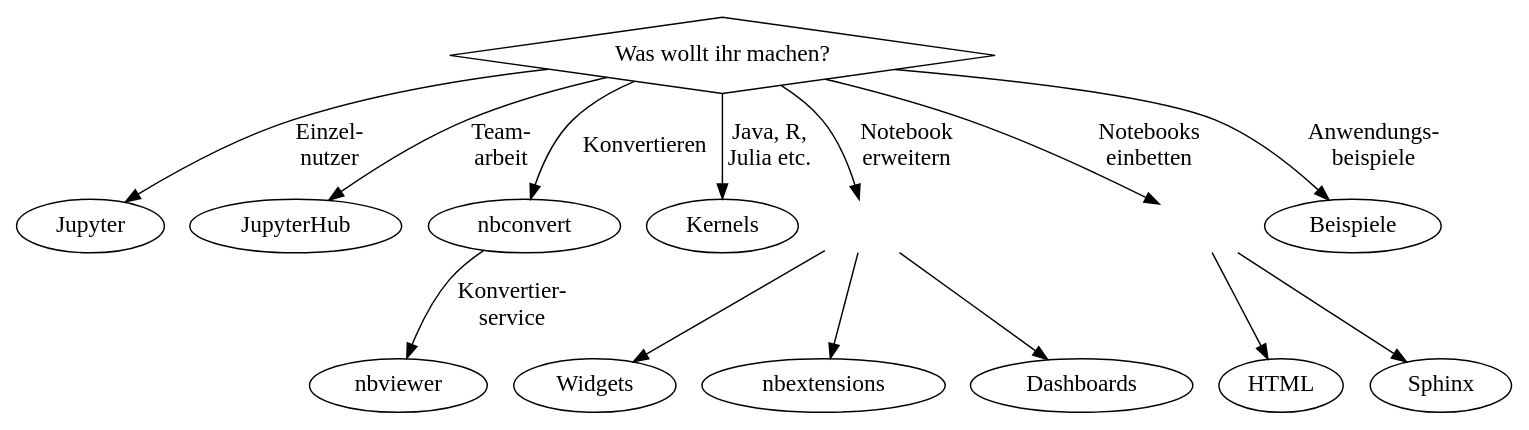
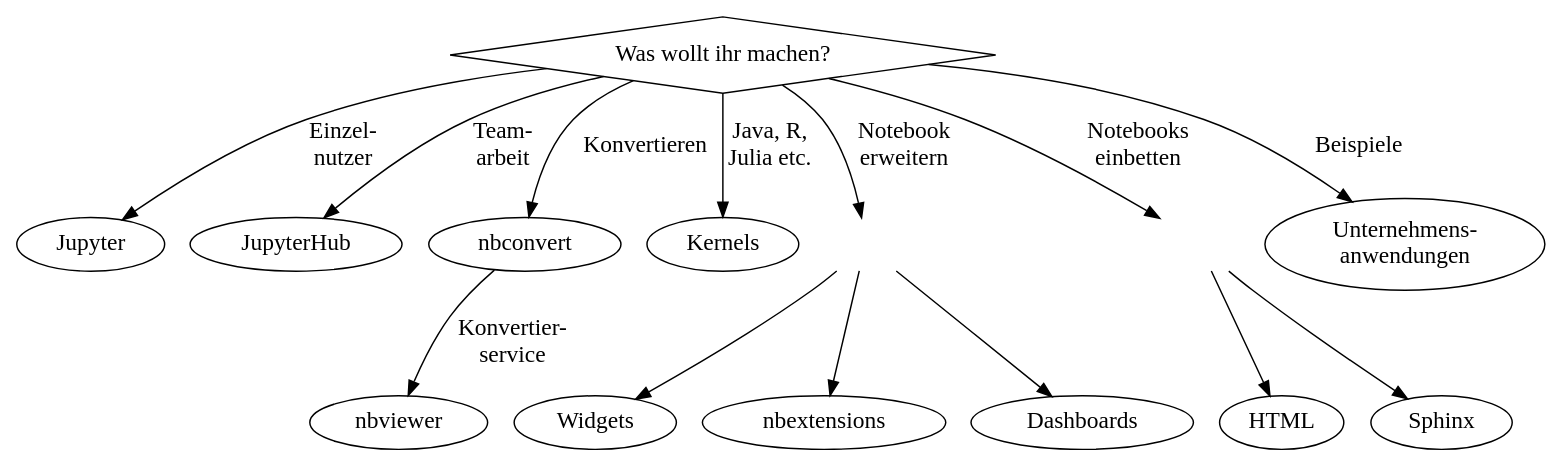
Before and after one commit to veit/jupyter-tutorial: the diagram in docs/jupyter/index.rst, drawn with Graphviz.

Commit message:
Change wording to business applications

```diff
--- a/docs/jupyter/index.rst
+++ b/docs/jupyter/index.rst
@@ -52,7 +52,7 @@
             label="",
             tooltip="Notebooks in andere Anwendungen einbinden"]
         examples [
-            label="Beispiele",
+            label="Unternehmens-\nanwendungen",
             tooltip="Anwendungsbeispiele bei Netflix, Bloomberg etc.",
             target="_top",
             href="../jupyter/use-cases.html"]
@@ -90,7 +90,7 @@
         what -> kernels [label="Java, R,\nJulia etc."]
         what -> extensions [label="Notebook\nerweitern"]
         what -> embed [label="Notebooks\neinbetten"]
-        what -> examples [label="Anwendungs-\nbeispiele"]
+        what -> examples [label="Beispiele"]
         extensions -> {widgets extend dash}
         embed -> {html sphinx}
         // Arangement
```
